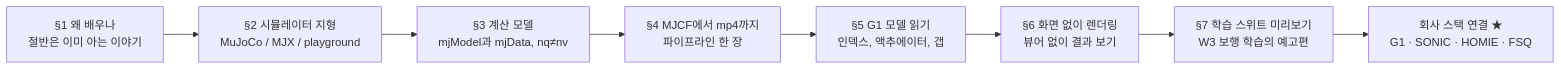
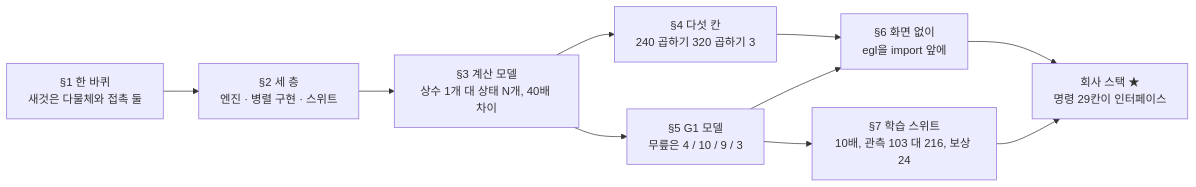
Before and after one commit to sguys99/physical-ai-study: the fourth of 4 diagrams in course/w1-generative-core/02-simulator-bootcamp/lesson.md, drawn with Mermaid. The commit also changed other lines of this file and 11 other files, not shown here.

````diff
--- a/course/w1-generative-core/02-simulator-bootcamp/lesson.md
+++ b/course/w1-generative-core/02-simulator-bootcamp/lesson.md
@@ -716,10 +863,12 @@
 ```mermaid
 flowchart LR
-  S1["§1 왜 배우나<br/>절반은 이미 아는 이야기"] --> S2["§2 시뮬레이터 지형<br/>MuJoCo / MJX / playground"]
-  S2 --> S3["§3 계산 모델<br/>mjModel과 mjData, nq≠nv"]
-  S3 --> S4["§4 MJCF에서 mp4까지<br/>파이프라인 한 장"]
-  S4 --> S5["§5 G1 모델 읽기<br/>인덱스, 액추에이터, 갭"]
-  S5 --> S6["§6 화면 없이 렌더링<br/>뷰어 없이 결과 보기"]
-  S6 --> S7["§7 학습 스위트 미리보기<br/>W3 보행 학습의 예고편"]
-  S7 --> CO["회사 스택 연결 ★<br/>G1 · SONIC · HOMIE · FSQ"]
+  S1["§1 한 바퀴<br/>새것은 다물체와 접촉 둘"] --> S2["§2 세 층<br/>엔진 · 병렬 구현 · 스위트"]
+  S2 --> S3["§3 계산 모델<br/>상수 1개 대 상태 N개, 40배 차이"]
+  S3 --> S4["§4 다섯 칸<br/>240 곱하기 320 곱하기 3"]
+  S3 --> S5["§5 G1 모델<br/>무릎은 4 / 10 / 9 / 3"]
+  S4 --> S6["§6 화면 없이<br/>egl을 import 앞에"]
+  S5 --> S6
+  S5 --> S7["§7 학습 스위트<br/>10배, 관측 103 대 216, 보상 24"]
+  S6 --> CO["회사 스택 ★<br/>명령 29칸이 인터페이스"]
+  S7 --> CO
 ```
````
